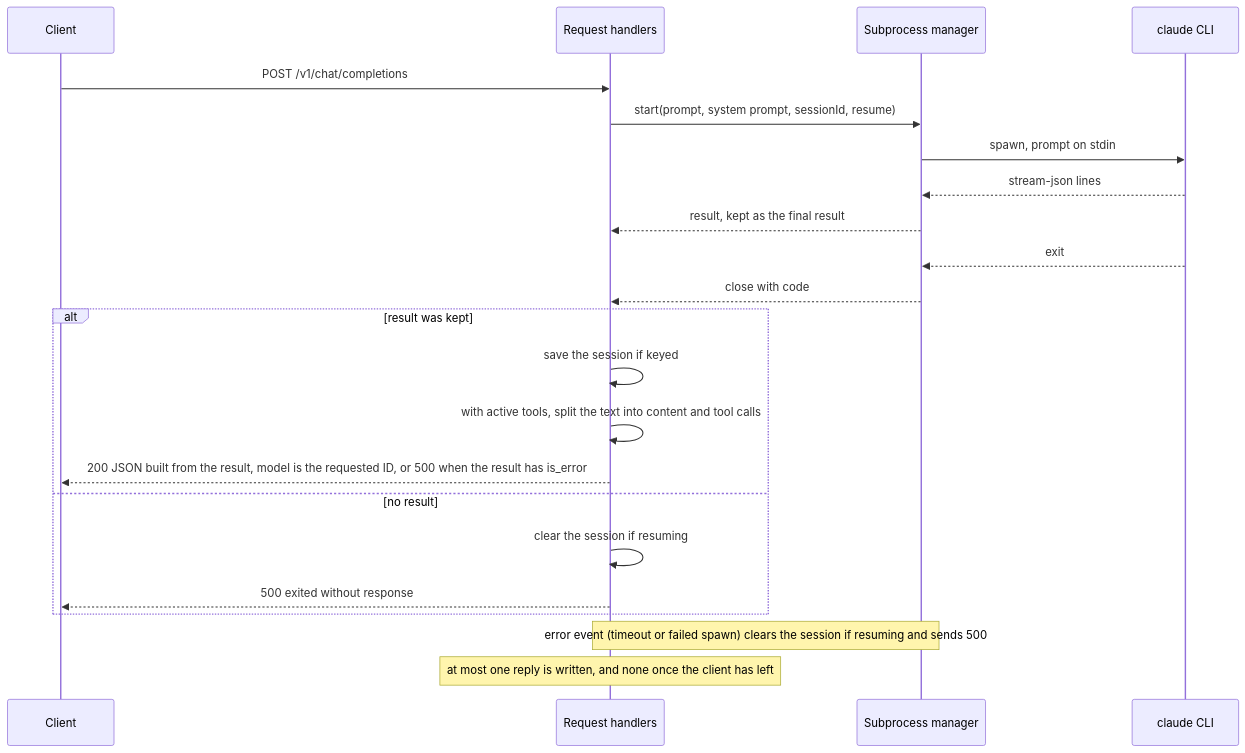
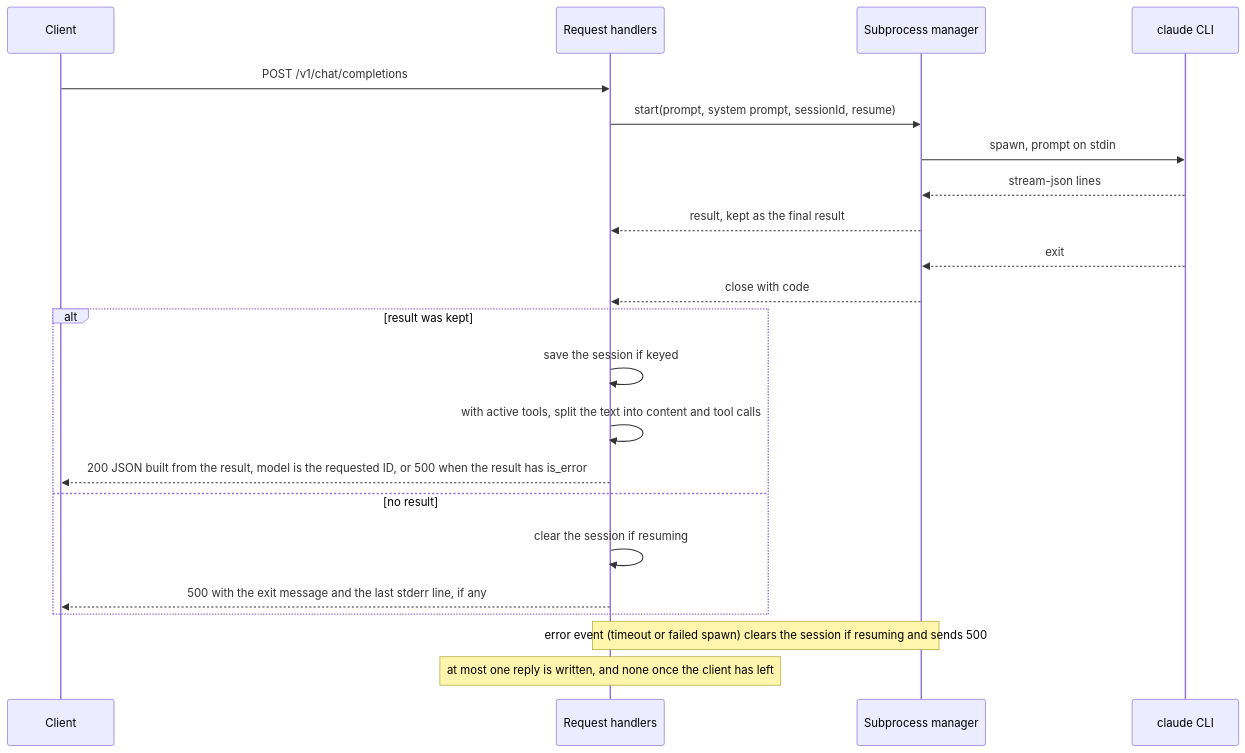
The second of 4 diagrams in docs/WORKFLOW.md (jameshskoh/claude-max-api-proxy), drawn with Mermaid before and after one commit. The commit also changed other lines of this file and 2 other files, not shown here.

First line of the commit message:
docs: update docs for the Windows lookup, stderr and shutdown

````diff
--- a/docs/WORKFLOW.md
+++ b/docs/WORKFLOW.md
@@ -106,24 +108,24 @@
 ```mermaid
 sequenceDiagram
   participant C as Client
   participant R as Request handlers
   participant S as Subprocess manager
   participant CLI as claude CLI
   C->>R: POST /v1/chat/completions
   R->>S: start(prompt, system prompt, sessionId, resume)
   S->>CLI: spawn, prompt on stdin
   CLI-->>S: stream-json lines
   S-->>R: result, kept as the final result
   CLI-->>S: exit
   S-->>R: close with code
   alt result was kept
     R->>R: save the session if keyed
     R->>R: with active tools, split the text into content and tool calls
     R-->>C: 200 JSON built from the result, model is the requested ID, or 500 when the result has is_error
   else no result
     R->>R: clear the session if resuming
-    R-->>C: 500 exited without response
+    R-->>C: 500 with the exit message and the last stderr line, if any
   end
   Note over S,R: error event (timeout or failed spawn) clears the session if resuming and sends 500
   Note over R: at most one reply is written, and none once the client has left
 ```
````
